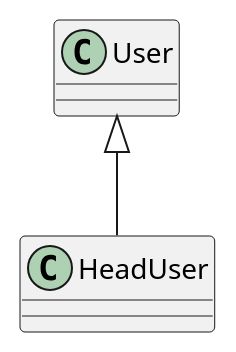
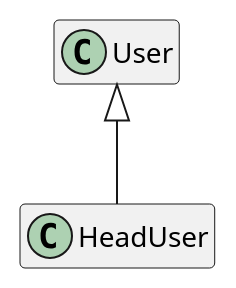
Before and after one commit to wicksome/TIL: the fourth of 5 diagrams in plantuml/README.adoc, drawn with PlantUML. The commit also changed other lines of this file, not shown here.

```diff
--- a/plantuml/README.adoc
+++ b/plantuml/README.adoc
@@ -171,9 +172,12 @@
 [plantuml]
 ....
 @startuml
+hide empty field
+hide empty method
+
 class User
 class HeadUser
 
 User <|-- HeadUser
 @enduml
 ....
```
